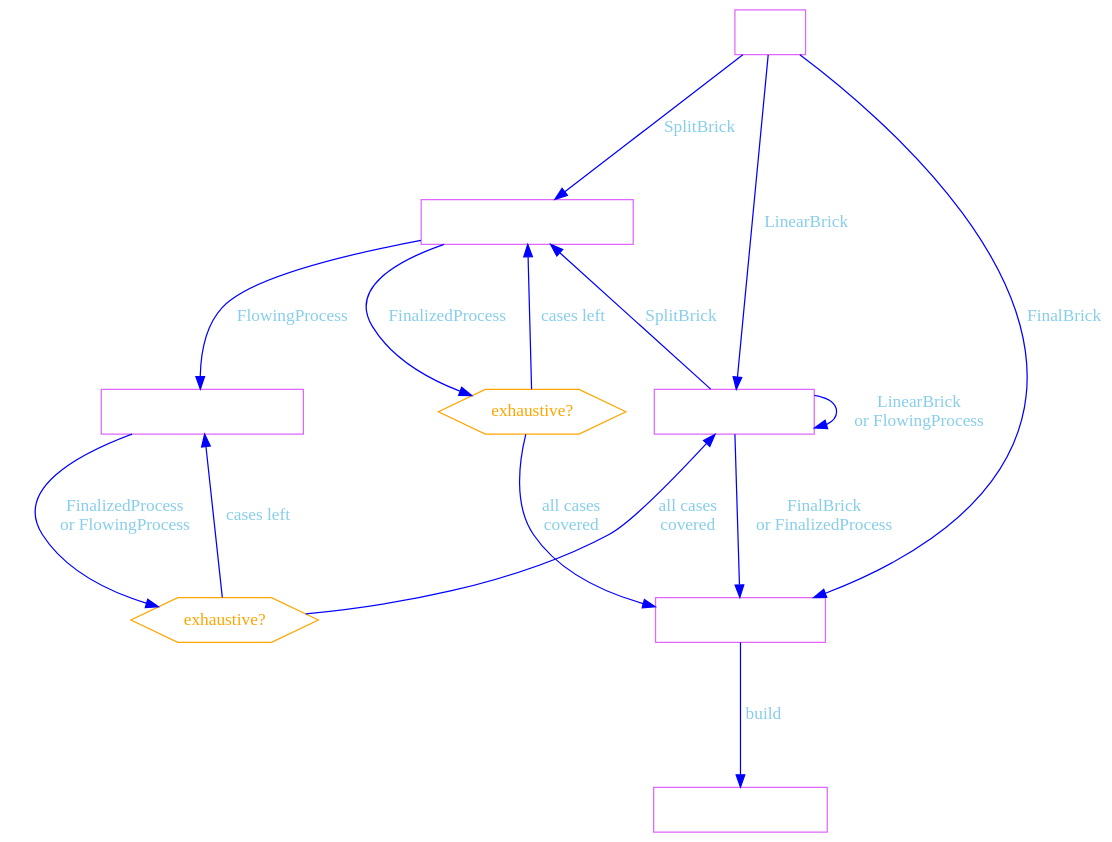
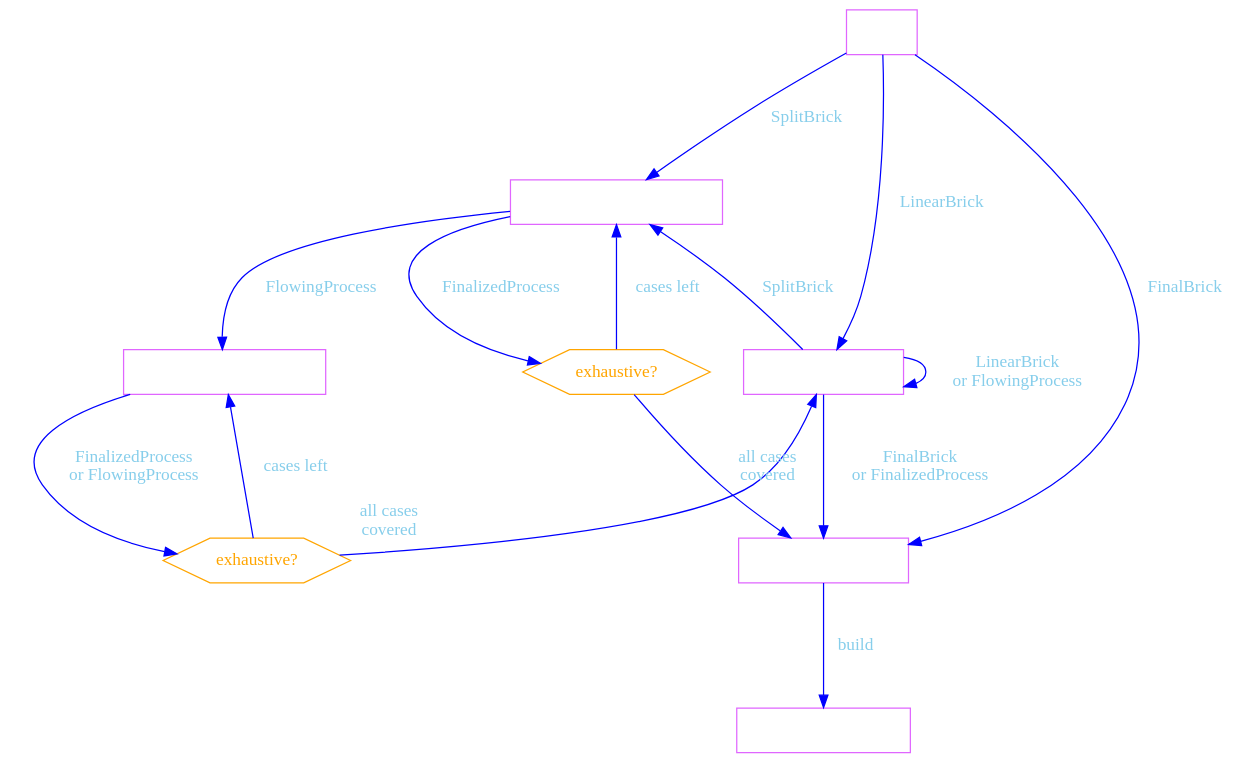
The diagram in type_process_builder/src/process_builder_diagram.dot (Only1Loatheb/brrricks), drawn with Graphviz before and after one commit.

```diff
--- a/type_process_builder/src/process_builder_diagram.dot
+++ b/type_process_builder/src/process_builder_diagram.dot
@@ -1,39 +1,39 @@
 digraph {
     # https://dreampuf.github.io/GraphvizOnline/
     bgcolor=transparent
-    ranksep=1.4;
+    ranksep=1.2;
 
     Entry [label="Entry", shape=box, color=mediumorchid1, fontcolor=white]
     End [label="RunnableProcess", shape=box, color=mediumorchid1, fontcolor=white]
     FinalizedProcess [label="FinalizedProcess", shape=box, color=mediumorchid1, fontcolor=white]
     FlowingProcess [label="FlowingProcess", shape=box, color=mediumorchid1, fontcolor=white]
 
     subgraph cluster0 {
-        color = white;
+        color = invis;
         FlowingSplitProcess [label="FlowingSplitProcess", shape=box, color=mediumorchid1, fontcolor=white]
         flowing_split_cases [label="exhaustive?", shape=hexagon, color=orange, fontcolor=orange]
     }
     subgraph cluster1 {
-        color = white;
+        color = invis;
         FinalizedSplitProcess [label="FinalizedSplitProcess", shape=box, color=mediumorchid1, fontcolor=white]
         finalized_split_cases_final [label="exhaustive?", shape=hexagon, color=orange, fontcolor=orange]
     }
 
-    Entry -> FinalizedProcess [label="FinalBrick", color=blue, fontcolor=skyblue]
-    FinalizedProcess -> End [label="build", color=blue, fontcolor=skyblue]
-    Entry -> FlowingProcess [label="LinearBrick", color=blue, fontcolor=skyblue]
-    FlowingProcess -> FlowingProcess [label="LinearBrick\nor FlowingProcess", color=blue, fontcolor=skyblue]
-    FlowingProcess -> FinalizedProcess [label="FinalBrick\nor FinalizedProcess", color=blue, fontcolor=skyblue]
-    Entry -> FinalizedSplitProcess [label="SplitBrick", color=blue, fontcolor=skyblue]
-    FlowingProcess -> FinalizedSplitProcess [label="SplitBrick", color=blue, fontcolor=skyblue]
+    Entry -> FinalizedProcess [label="  FinalBrick  ", color=blue, fontcolor=skyblue]
+    FinalizedProcess -> End [label="  build  ", color=blue, fontcolor=skyblue]
+    Entry -> FlowingProcess [label="  LinearBrick  ", color=blue, fontcolor=skyblue]
+    FlowingProcess -> FlowingProcess [label="  LinearBrick  \n  or FlowingProcess  ", color=blue, fontcolor=skyblue]
+    FlowingProcess -> FinalizedProcess [label="  FinalBrick  \n  or FinalizedProcess  ", color=blue, fontcolor=skyblue]
+    Entry -> FinalizedSplitProcess [label="  SplitBrick  ", color=blue, fontcolor=skyblue]
+    FlowingProcess -> FinalizedSplitProcess [label="  SplitBrick  ", color=blue, fontcolor=skyblue]
 
-    FinalizedSplitProcess -> finalized_split_cases_final [label="FinalizedProcess", color=blue, fontcolor=skyblue]
-    finalized_split_cases_final -> FinalizedSplitProcess [label="cases left", color=blue, fontcolor=skyblue]
-    finalized_split_cases_final -> FinalizedProcess [label="all cases\ncovered", color=blue, fontcolor=skyblue]
+    FinalizedSplitProcess -> finalized_split_cases_final [label="  FinalizedProcess  ", color=blue, fontcolor=skyblue]
+    finalized_split_cases_final -> FinalizedSplitProcess [label="  cases left  ", color=blue, fontcolor=skyblue]
+    finalized_split_cases_final -> FinalizedProcess [label="  all cases  \n  covered  ", color=blue, fontcolor=skyblue]
 
-    FinalizedSplitProcess -> FlowingSplitProcess [label="FlowingProcess", color=blue, fontcolor=skyblue]
+    FinalizedSplitProcess -> FlowingSplitProcess [label="  FlowingProcess  ", color=blue, fontcolor=skyblue]
 
-    FlowingSplitProcess -> flowing_split_cases [label="FinalizedProcess\nor FlowingProcess", color=blue, fontcolor=skyblue]
-    flowing_split_cases -> FlowingSplitProcess [label="cases left", color=blue, fontcolor=skyblue]
-    flowing_split_cases -> FlowingProcess [label="all cases\ncovered", color=blue, fontcolor=skyblue]
+    FlowingSplitProcess -> flowing_split_cases [label="  FinalizedProcess  \n  or FlowingProcess  ", color=blue, fontcolor=skyblue]
+    flowing_split_cases -> FlowingSplitProcess [label="  cases left  ", color=blue, fontcolor=skyblue]
+    flowing_split_cases -> FlowingProcess [taillabel="  all cases  \n  covered  ", color=blue, fontcolor=skyblue  , labeldistance=5, labelangle=30]
 }
```
